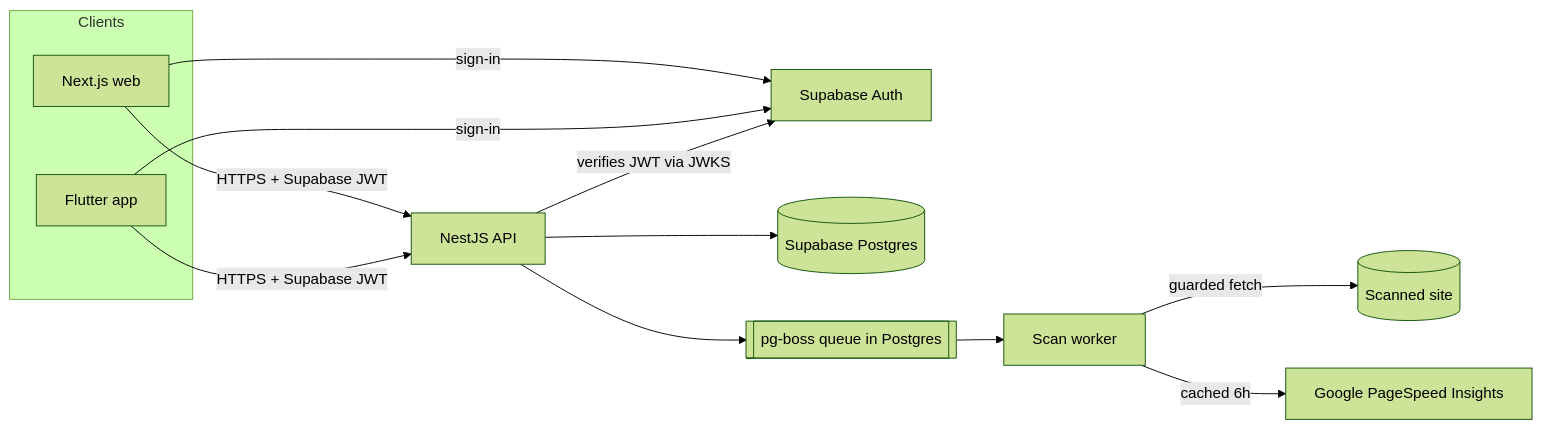
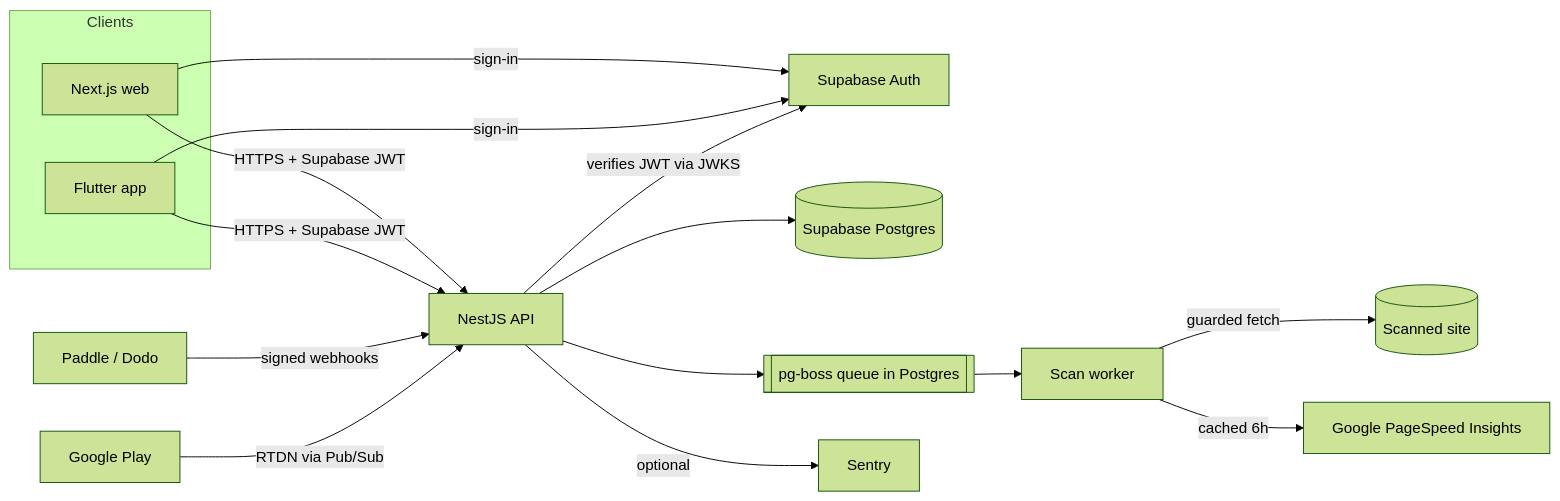
The diagram in README.md (SiddharthRana/Weblume), drawn with Mermaid (forest theme) before and after one commit. The commit also changed other lines of this file and 89 other files, not shown here.

````diff
--- a/README.md
+++ b/README.md
@@ -28,15 +28,18 @@
 ```mermaid
 flowchart LR
   subgraph Clients
     W[Next.js web]
     M[Flutter app]
   end
   W -- HTTPS + Supabase JWT --> A[NestJS API]
   M -- HTTPS + Supabase JWT --> A
   W & M -- sign-in --> SA[Supabase Auth]
   A -- verifies JWT via JWKS --> SA
   A --> DB[(Supabase Postgres)]
   A --> Q[[pg-boss queue in Postgres]] --> WK[Scan worker]
   WK -- guarded fetch --> T[(Scanned site)]
   WK -- cached 6h --> PSI[Google PageSpeed Insights]
+  MoR[Paddle / Dodo] -- signed webhooks --> A
+  GP[Google Play] -- RTDN via Pub/Sub --> A
+  A -- optional --> SEN[Sentry]
 ```
````
